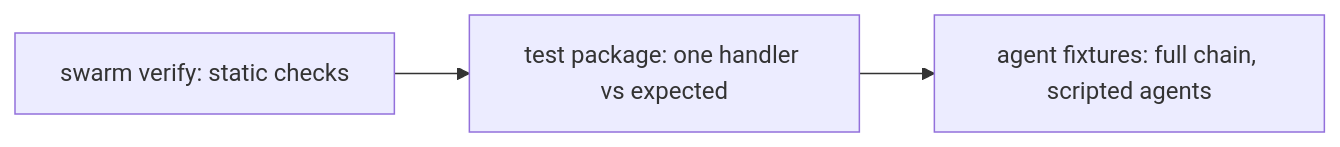
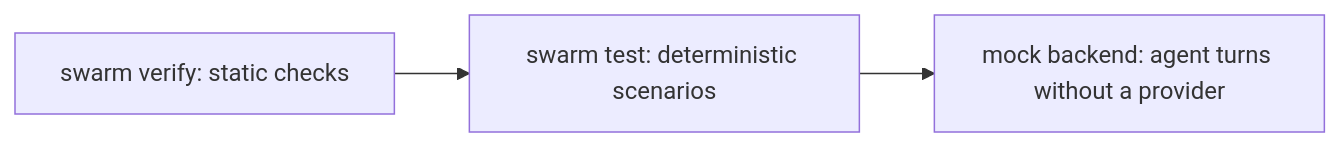
One commit to division-sh/docs changed the diagram in build/testing.mdx. Above: the diagram before and after it, drawn with Mermaid. The commit also changed other lines of this file and 4 other files, not shown here.

````diff
--- a/build/testing.mdx
+++ b/build/testing.mdx
@@ -11,5 +10,5 @@
 ```mermaid
 flowchart LR
-    A["swarm verify: static checks"] --> B["test package: one handler vs expected"]
-    B --> C["agent fixtures: full chain, scripted agents"]
+    A["swarm verify: static checks"] --> B["swarm test: deterministic scenarios"]
+    B --> C["mock backend: agent turns without a provider"]
 ```
````
